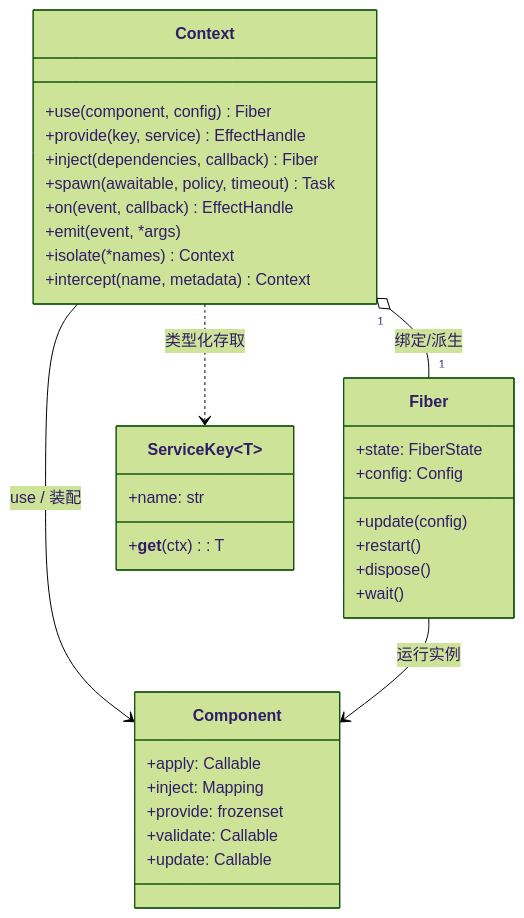
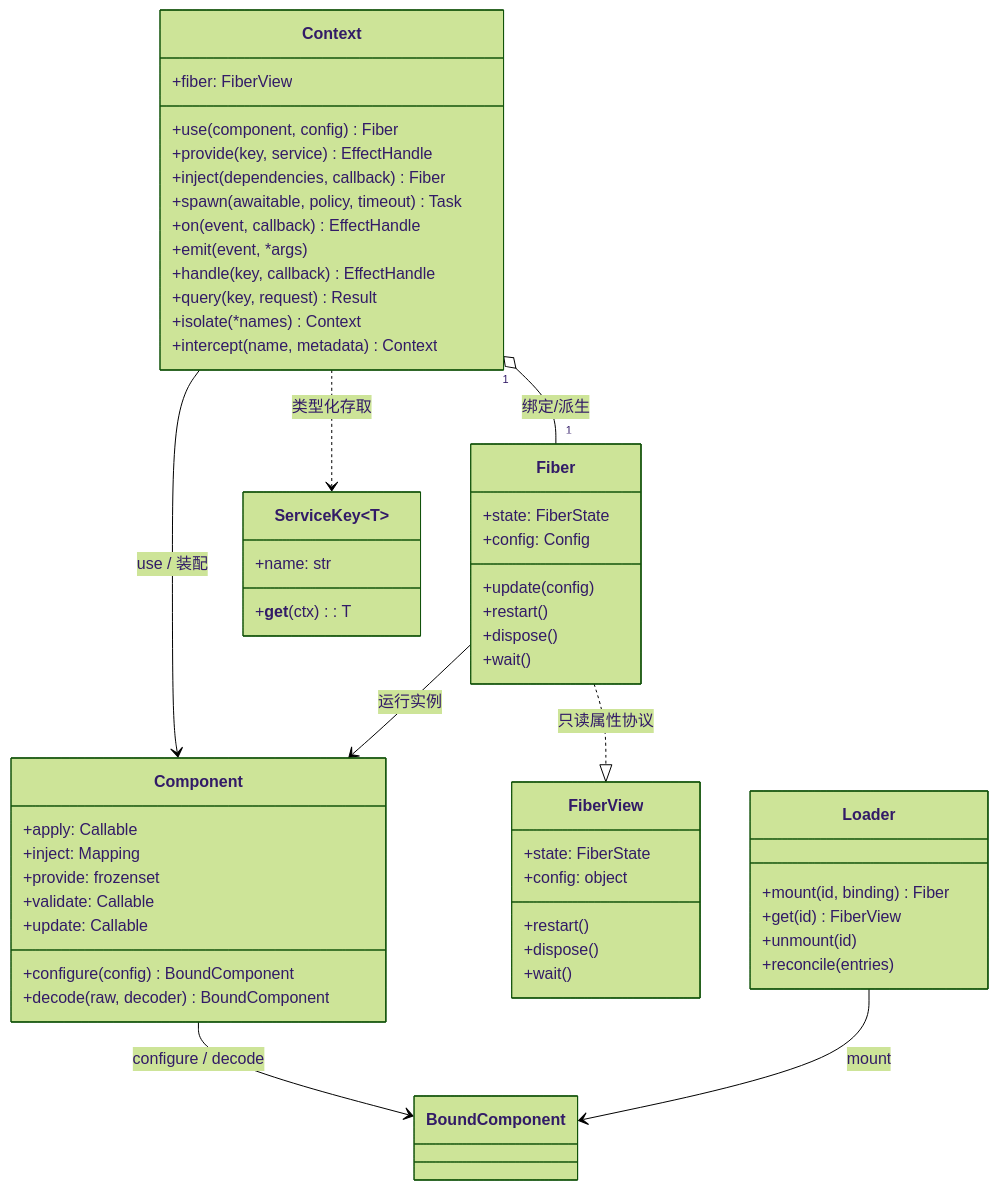
One commit to zxrneu/cordis changed the second of 5 diagrams in python/docs/developer-guide.md. Above: the diagram before and after it, drawn with Mermaid (forest theme). The commit also changed other lines of this file and 30 other files, not shown here.

First line of the commit message:
refactor(python): 收紧 Any 类型边界，引入 FiberView 与类型化接口契约

````diff
--- a/python/docs/developer-guide.md
+++ b/python/docs/developer-guide.md
@@ -102,36 +102,57 @@
 ```mermaid
 classDiagram
     class Context {
         +use(component, config) Fiber
+        +fiber: FiberView
         +provide(key, service) EffectHandle
         +inject(dependencies, callback) Fiber
         +spawn(awaitable, policy, timeout) Task
         +on(event, callback) EffectHandle
         +emit(event, *args)
+        +handle(key, callback) EffectHandle
+        +query(key, request) Result
         +isolate(*names) Context
         +intercept(name, metadata) Context
     }
     class Component {
         +apply: Callable
         +inject: Mapping
         +provide: frozenset
         +validate: Callable
         +update: Callable
+        +configure(config) BoundComponent
+        +decode(raw, decoder) BoundComponent
     }
     class Fiber {
         +state: FiberState
         +config: Config
         +update(config)
         +restart()
         +dispose()
         +wait()
     }
     class ServiceKey~T~ {
         +name: str
         +__get__(ctx): T
     }
+    class FiberView {
+        +state: FiberState
+        +config: object
+        +restart()
+        +dispose()
+        +wait()
+    }
+    class Loader {
+        +mount(id, binding) Fiber
+        +get(id) FiberView
+        +unmount(id)
+        +reconcile(entries)
+    }
+    Component --> BoundComponent : configure / decode
+    Loader --> BoundComponent : mount
+    Fiber ..|> FiberView : 只读属性协议
     Context "1" o-- "1" Fiber : 绑定/派生
     Context --> Component : use / 装配
     Fiber --> Component : 运行实例
     Context ..> ServiceKey : 类型化存取
 ```
````
